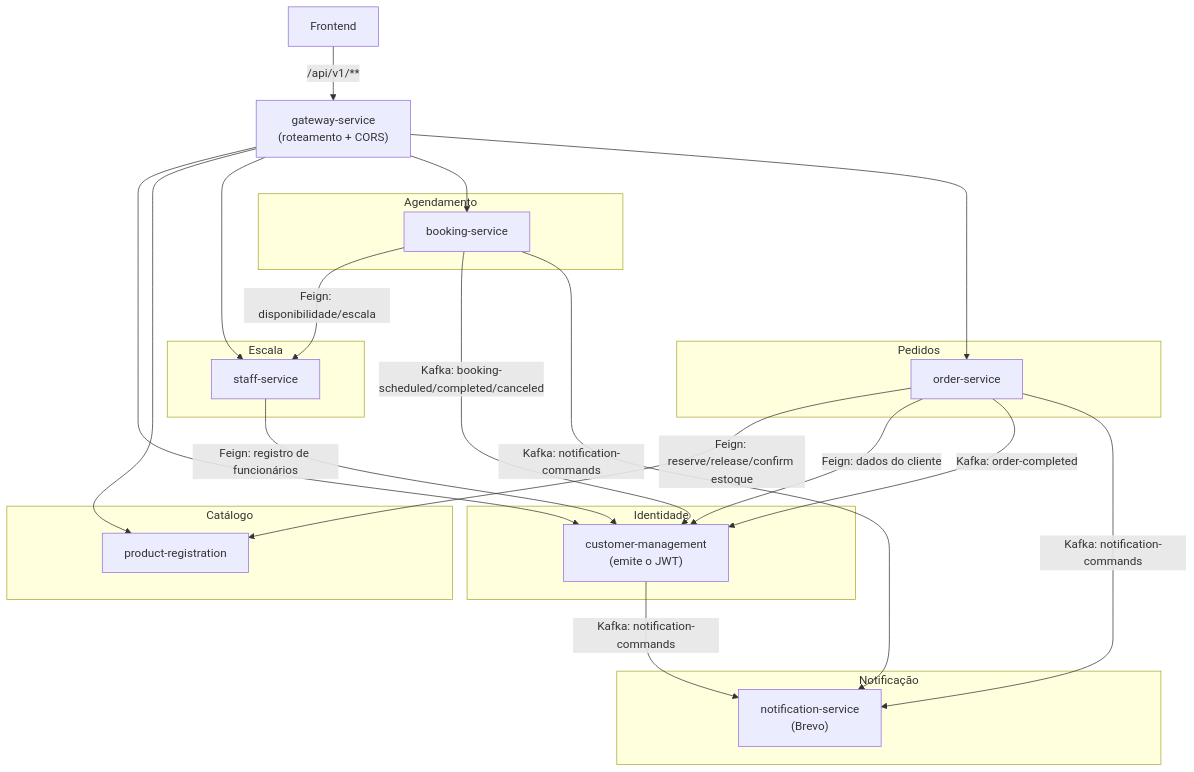
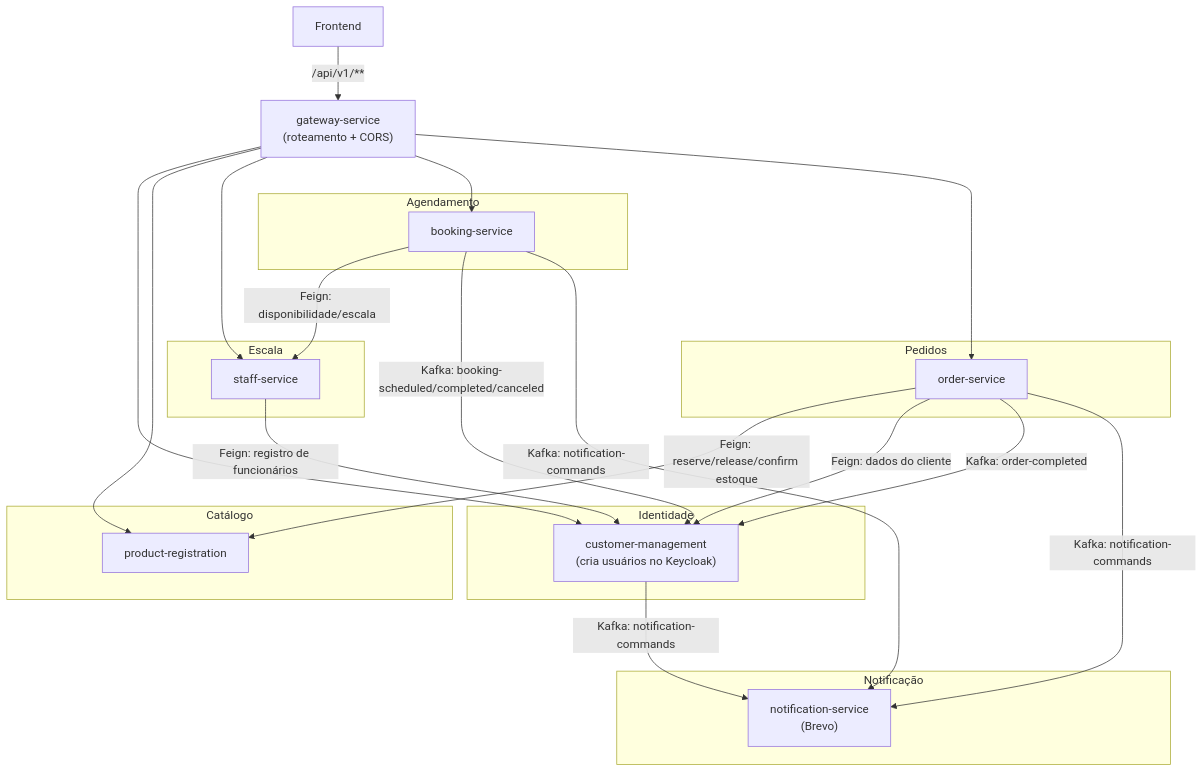
Before and after one commit to joaobrl/petshop: the first of 5 diagrams in docs/documentacao-tecnica.md, drawn with Mermaid. The commit also changed other lines of this file and 26 other files, not shown here.

````diff
--- a/docs/documentacao-tecnica.md
+++ b/docs/documentacao-tecnica.md
@@ -67,39 +67,39 @@
 ```mermaid
 graph TB
     FE["Frontend"] -- "/api/v1/**" --> GW["gateway-service<br/>(roteamento + CORS)"]
     GW --> CM
     GW --> PR
     GW --> SS
     GW --> BS
     GW --> OS
 
     subgraph Identidade
-        CM["customer-management<br/>(emite o JWT)"]
+        CM["customer-management<br/>(cria usuários no Keycloak)"]
     end
     subgraph Catálogo
         PR["product-registration"]
     end
     subgraph Escala
         SS["staff-service"]
     end
     subgraph Agendamento
         BS["booking-service"]
     end
     subgraph Pedidos
         OS["order-service"]
     end
     subgraph Notificação
         NS["notification-service<br/>(Brevo)"]
     end
 
     BS -- "Feign: disponibilidade/escala" --> SS
     SS -- "Feign: registro de funcionários" --> CM
     OS -- "Feign: reserve/release/confirm estoque" --> PR
     OS -- "Feign: dados do cliente" --> CM
 
     BS -- "Kafka: booking-scheduled/completed/canceled" --> CM
     OS -- "Kafka: order-completed" --> CM
     BS -- "Kafka: notification-commands" --> NS
     OS -- "Kafka: notification-commands" --> NS
     CM -- "Kafka: notification-commands" --> NS
 ```
````
